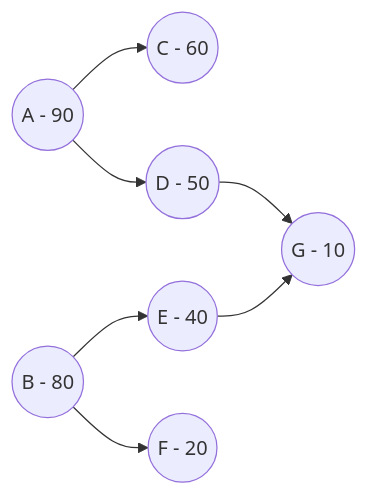
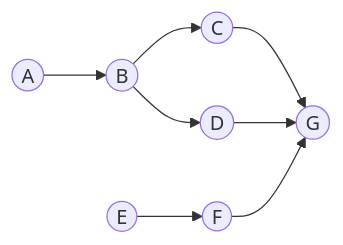
One commit to apfitzge/prio-graph changed the second of 2 diagrams in README.md. Above: the diagram before and after it, drawn with Mermaid. The commit also changed other lines of this file, not shown here.

````diff
--- a/README.md
+++ b/README.md
@@ -40,15 +21,5 @@
 ```mermaid
 graph LR;
-A((A - 90))
-B((B - 80))
-C((C - 60))
-D((D - 50))
-E((E - 40))
-F((F - 20))
-G((G - 10))
-
-A --> C & D
-B --> E & F
-D --> G
-E --> G
+A((A)) --> B((B)) --> C((C)) & D((D)) --> G((G));
+E((E)) --> F((F)) --> G;
 ```
````
